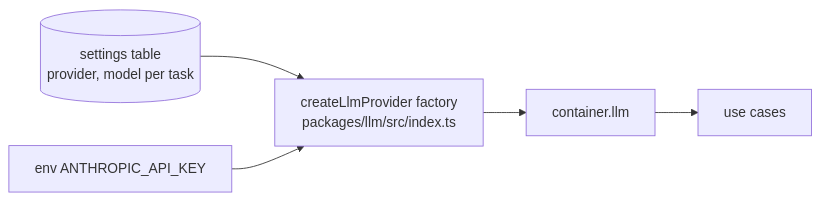
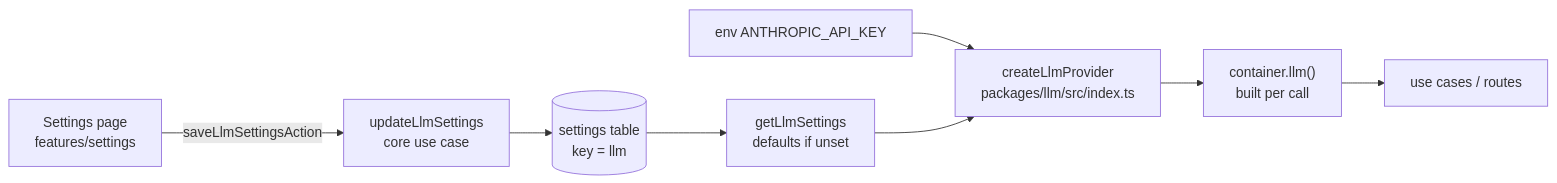
One commit to huannguyen2114/thoth changed the second of 2 diagrams in docs/technical_design/02-llm-providers.md. Above: the diagram before and after it, drawn with Mermaid. The commit also changed other lines of this file and 35 other files, not shown here.

````diff
--- a/docs/technical_design/02-llm-providers.md
+++ b/docs/technical_design/02-llm-providers.md
@@ -47,7 +68,10 @@
 ```mermaid
 flowchart LR
-  S[(settings table<br/>provider, model per task)] --> F[createLlmProvider factory<br/>packages/llm/src/index.ts]
+  UI[Settings page<br/>features/settings] -->|saveLlmSettingsAction| UC[updateLlmSettings<br/>core use case]
+  UC --> R[(settings table<br/>key = llm)]
+  R --> G[getLlmSettings<br/>defaults if unset]
   E[env ANTHROPIC_API_KEY] --> F
-  F --> C[container.llm]
-  C --> UC[use cases]
+  G --> F[createLlmProvider<br/>packages/llm/src/index.ts]
+  F --> C["container.llm()<br/>built per call"]
+  C --> X[use cases / routes]
 ```
````
